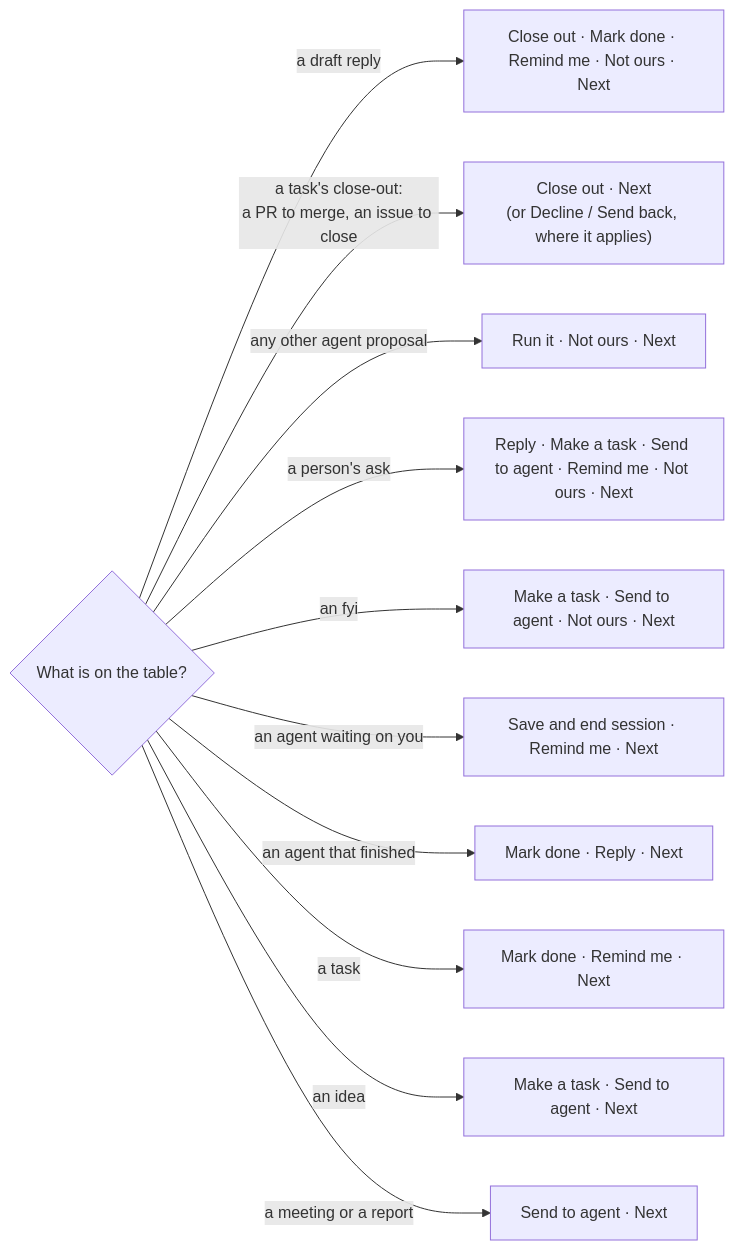
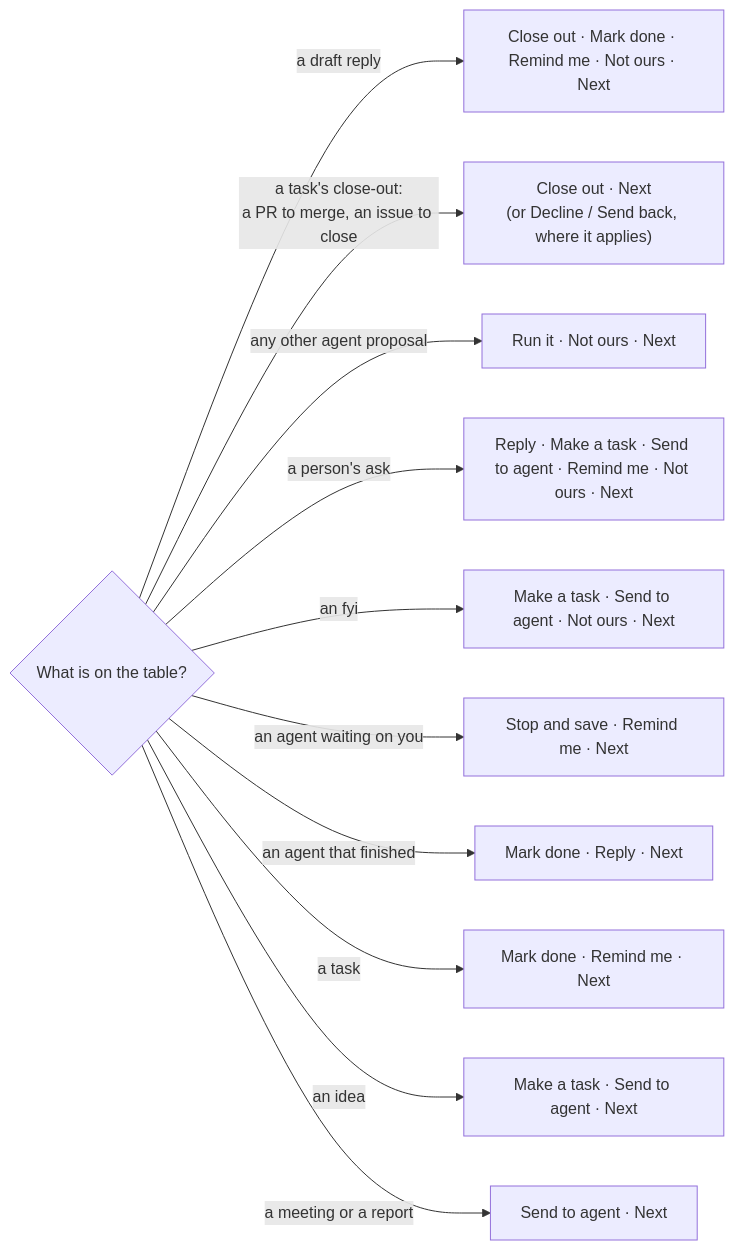
Before and after one commit to ldbumble/taskuary: the first of 3 diagrams in docs/assistant-words.md, drawn with Mermaid. The commit also changed other lines of this file and 177 other files, not shown here.

````diff
--- a/docs/assistant-words.md
+++ b/docs/assistant-words.md
@@ -14,14 +14,14 @@
 ```mermaid
 flowchart LR
   C{"What is on the table?"}
   C -->|a draft reply| B1["Close out · Mark done · Remind me · Not ours · Next"]
   C -->|a task's close-out:<br/>a PR to merge, an issue to close| B0["Close out · Next<br/>(or Decline / Send back, where it applies)"]
   C -->|any other agent proposal| B2["Run it · Not ours · Next"]
   C -->|a person's ask| B3["Reply · Make a task · Send to agent · Remind me · Not ours · Next"]
   C -->|an fyi| B4["Make a task · Send to agent · Not ours · Next"]
-  C -->|an agent waiting on you| B5["Save and end session · Remind me · Next"]
+  C -->|an agent waiting on you| B5["Stop and save · Remind me · Next"]
   C -->|an agent that finished| B6["Mark done · Reply · Next"]
   C -->|a task| B7["Mark done · Remind me · Next"]
   C -->|an idea| B8["Make a task · Send to agent · Next"]
   C -->|a meeting or a report| B9["Send to agent · Next"]
 ```
````
